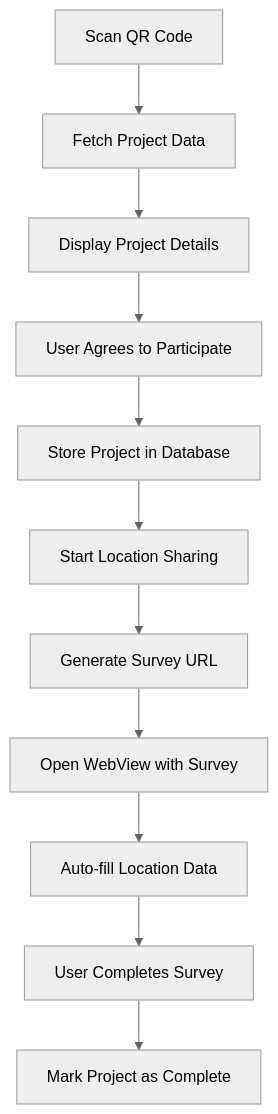
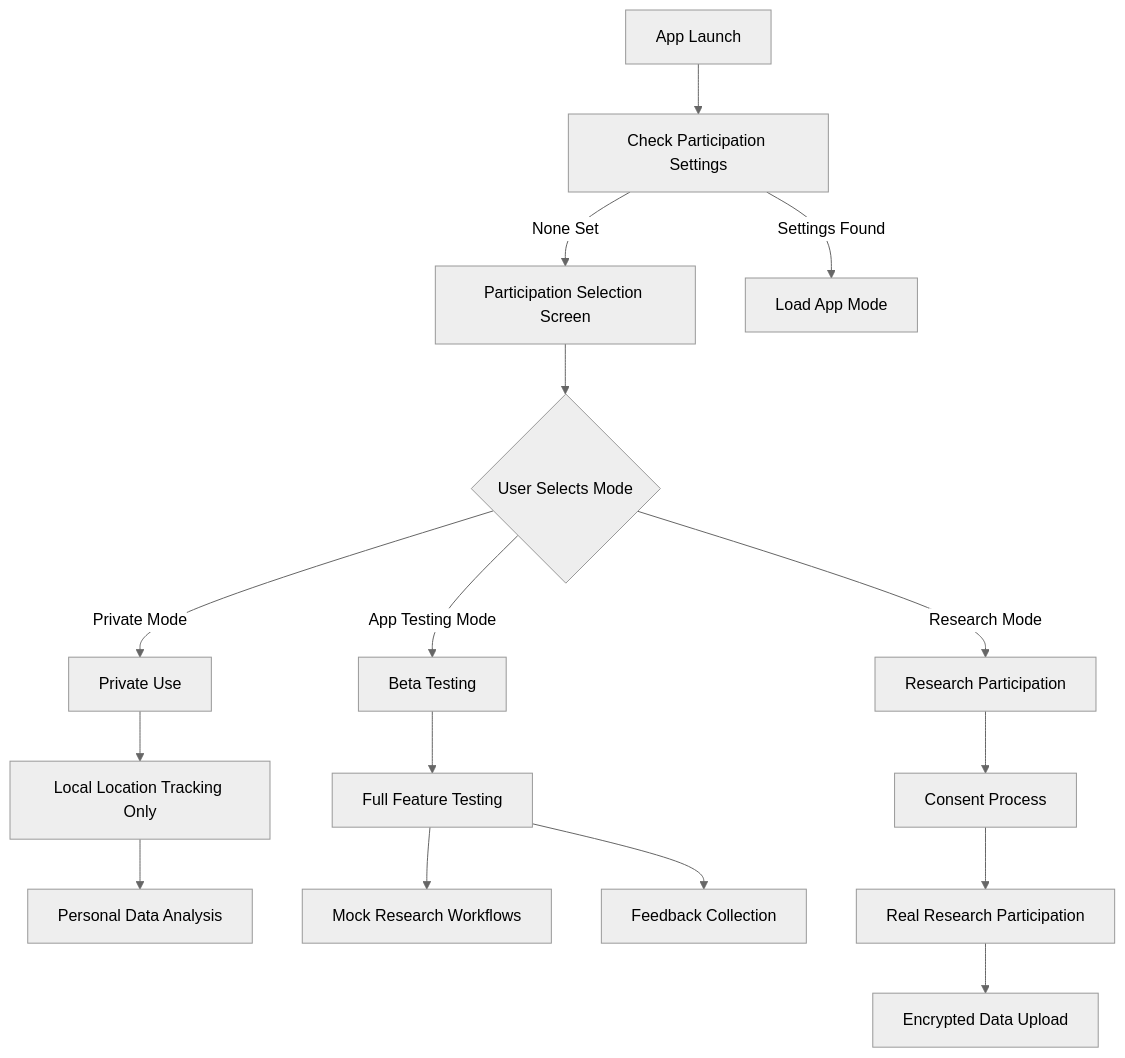
One commit to ActivitySpaceLab/gauteng-wellbeing-mapper-app changed the second of 4 diagrams in docs/DEVELOPER_GUIDE.md. Above: the diagram before and after it, drawn with Mermaid (neutral theme). The commit also changed other lines of this file and 5 other files, not shown here.

````diff
--- a/docs/DEVELOPER_GUIDE.md
+++ b/docs/DEVELOPER_GUIDE.md
@@ -359,13 +364,22 @@
 ```mermaid
 graph TD
-    A[Scan QR Code] --> B[Fetch Project Data]
-    B --> C[Display Project Details]
-    C --> D[User Agrees to Participate]
-    D --> E[Store Project in Database]
-    E --> F[Start Location Sharing]
-    F --> G[Generate Survey URL]
-    G --> H[Open WebView with Survey]
-    H --> I[Auto-fill Location Data]
-    I --> J[User Completes Survey]
-    J --> K[Mark Project as Complete]
+    A[App Launch] --> B[Check Participation Settings]
+    B -->|None Set| C[Participation Selection Screen]
+    B -->|Settings Found| D[Load App Mode]
+    
+    C --> E{User Selects Mode}
+    E -->|Private Mode| F[Private Use]
+    E -->|App Testing Mode| G[Beta Testing]
+    E -->|Research Mode| H[Research Participation]
+    
+    F --> I[Local Location Tracking Only]
+    I --> J[Personal Data Analysis]
+    
+    G --> K[Full Feature Testing]
+    K --> L[Mock Research Workflows]
+    K --> M[Feedback Collection]
+    
+    H --> N[Consent Process]
+    N --> O[Real Research Participation]
+    O --> P[Encrypted Data Upload]
 ```
````
